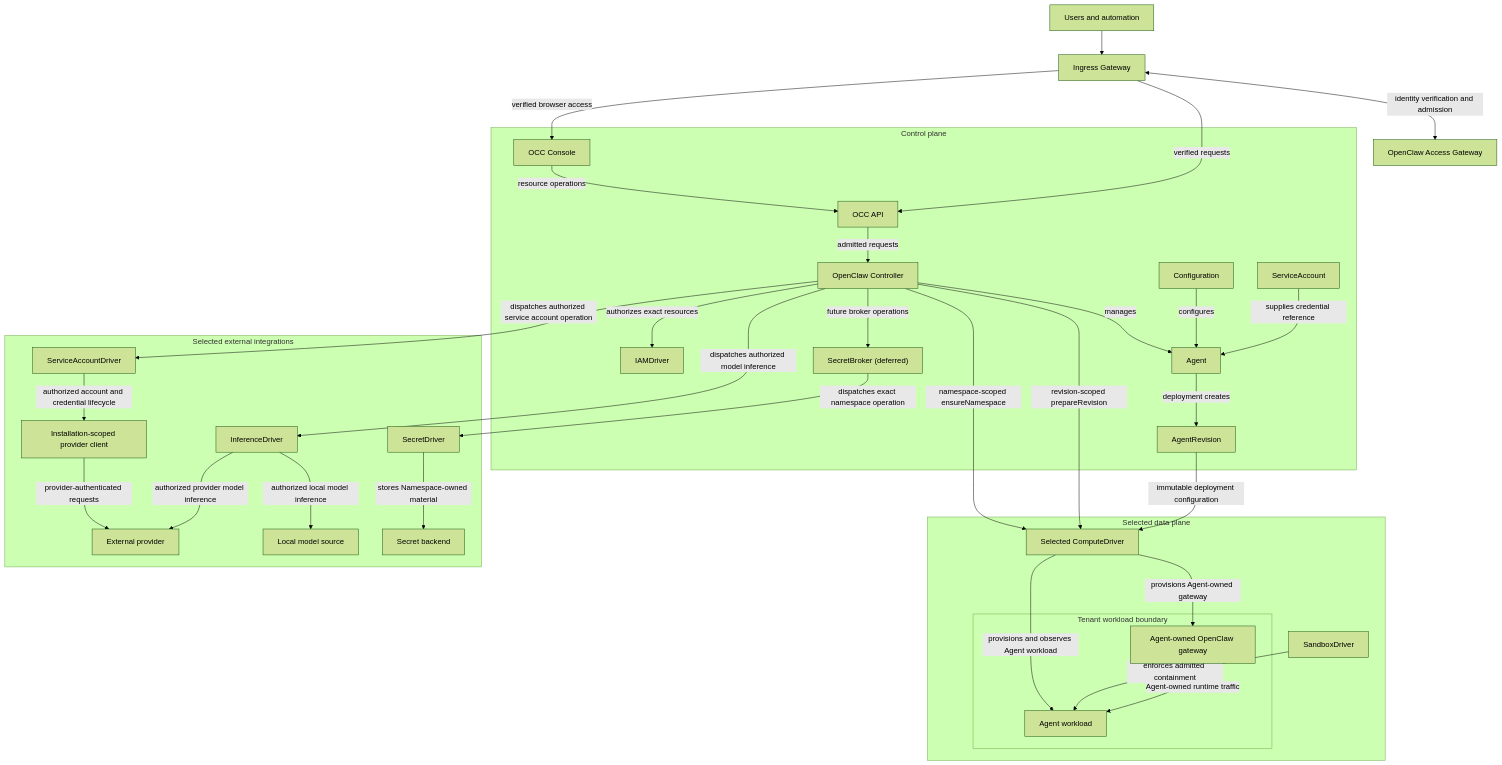
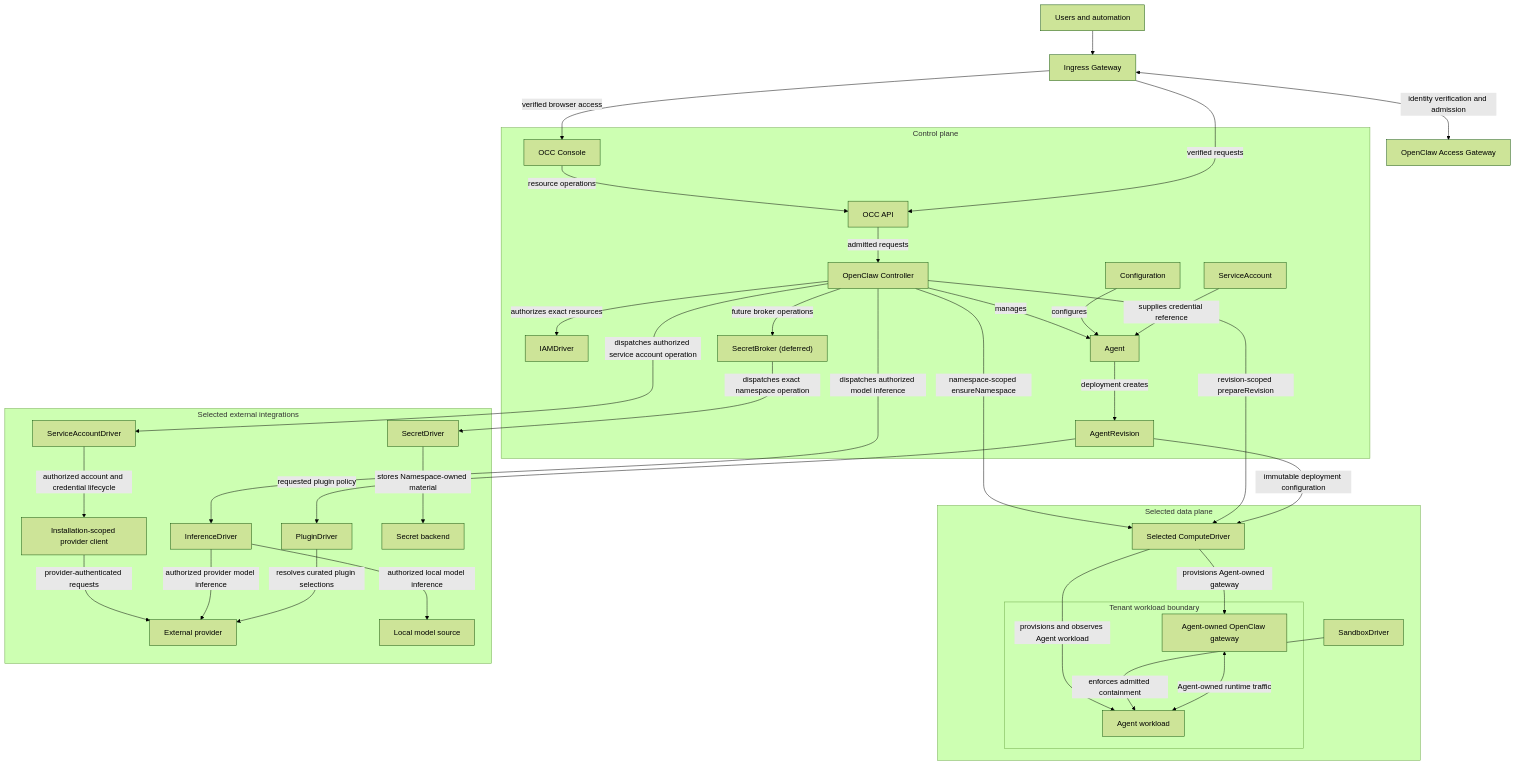
One commit to IsaiahStapleton/openclaw-enterprise changed the diagram in docs/design.md. Above: the diagram before and after it, drawn with Mermaid (forest theme). The commit also changed other lines of this file and 55 other files, not shown here.

````diff
--- a/docs/design.md
+++ b/docs/design.md
@@ -111,67 +114,70 @@
 ```mermaid
 flowchart TB
     USERS["Users and automation"] --> INGRESS["Ingress Gateway"]
     INGRESS <-->|"identity verification and admission"| OAG["OpenClaw Access Gateway"]
 
     subgraph CONTROL["Control plane"]
         OCC["OpenClaw Controller"]
         IAM["IAMDriver"]
         BROKER["SecretBroker (deferred)"]
         API["OCC API"]
         CONSOLE["OCC Console"]
         CONFIG["Configuration"]
         SERVICE_ACCOUNT["ServiceAccount"]
         AGENT["Agent"]
         REVISION["AgentRevision"]
 
         CONSOLE -->|"resource operations"| API
         API -->|"admitted requests"| OCC
         OCC -->|"authorizes exact resources"| IAM
         OCC -->|"manages"| AGENT
         OCC -->|"future broker operations"| BROKER
         CONFIG -->|"configures"| AGENT
         SERVICE_ACCOUNT -->|"supplies credential reference"| AGENT
         AGENT -->|"deployment creates"| REVISION
     end
 
     INGRESS -->|"verified browser access"| CONSOLE
     INGRESS -->|"verified requests"| API
 
     subgraph DATA_PLANE["Selected data plane"]
         COMPUTE["Selected ComputeDriver"]
         SANDBOX["SandboxDriver"]
 
         subgraph NAMESPACE["Tenant workload boundary"]
             GATEWAY["Agent-owned OpenClaw gateway"]
             WORKLOAD["Agent workload"]
         end
 
         COMPUTE -->|"provisions Agent-owned gateway"| GATEWAY
         COMPUTE -->|"provisions and observes Agent workload"| WORKLOAD
         SANDBOX -->|"enforces admitted containment"| WORKLOAD
     end
 
     subgraph EXTERNAL["Selected external integrations"]
         SERVICE_ACCOUNT_DRIVER["ServiceAccountDriver"]
         PROVIDER_CLIENT["Installation-scoped provider client"]
         INFERENCE_DRIVER["InferenceDriver"]
         SECRET_DRIVER["SecretDriver"]
+        PLUGIN_DRIVER["PluginDriver"]
         PROVIDER["External provider"]
         LOCAL_MODEL["Local model source"]
         SECRET_STORE["Secret backend"]
 
         SERVICE_ACCOUNT_DRIVER -->|"authorized account and credential lifecycle"| PROVIDER_CLIENT
         PROVIDER_CLIENT -->|"provider-authenticated requests"| PROVIDER
         INFERENCE_DRIVER -->|"authorized provider model inference"| PROVIDER
         INFERENCE_DRIVER -->|"authorized local model inference"| LOCAL_MODEL
         SECRET_DRIVER -->|"stores Namespace-owned material"| SECRET_STORE
+        PLUGIN_DRIVER -->|"resolves curated plugin selections"| PROVIDER
     end
 
     GATEWAY <-->|"Agent-owned runtime traffic"| WORKLOAD
     OCC -->|"namespace-scoped ensureNamespace"| COMPUTE
     OCC -->|"revision-scoped prepareRevision"| COMPUTE
     OCC -->|"dispatches authorized service account operation"| SERVICE_ACCOUNT_DRIVER
     OCC -->|"dispatches authorized model inference"| INFERENCE_DRIVER
     BROKER -->|"dispatches exact namespace operation"| SECRET_DRIVER
     REVISION -->|"immutable deployment configuration"| COMPUTE
+    REVISION -->|"requested plugin policy"| PLUGIN_DRIVER
 ```
````
